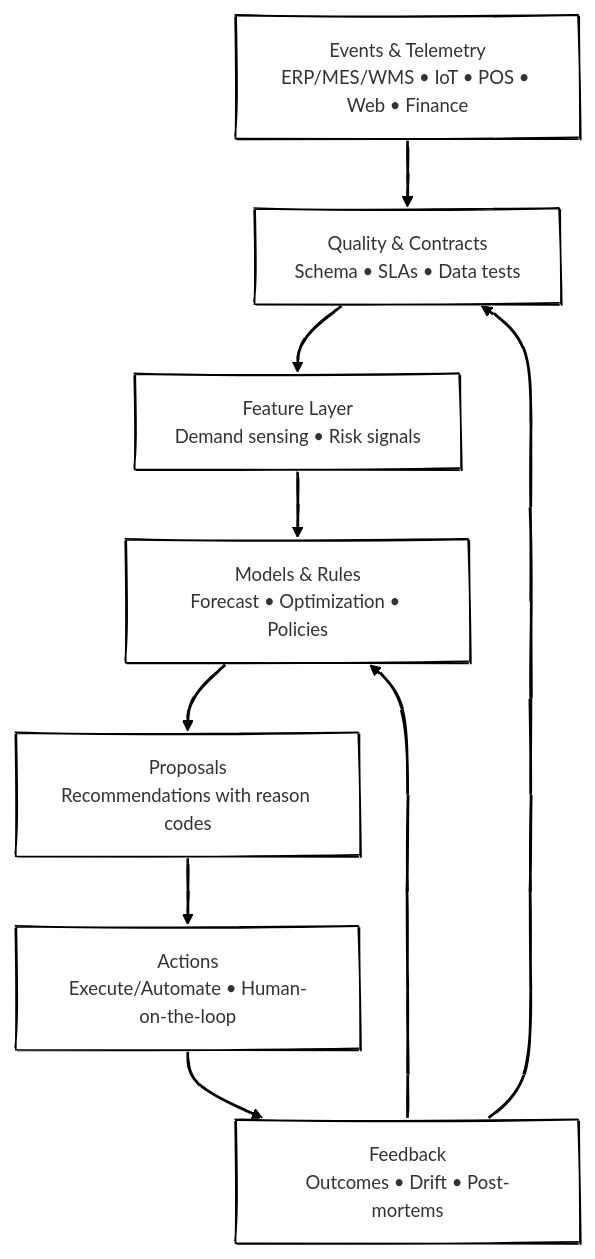
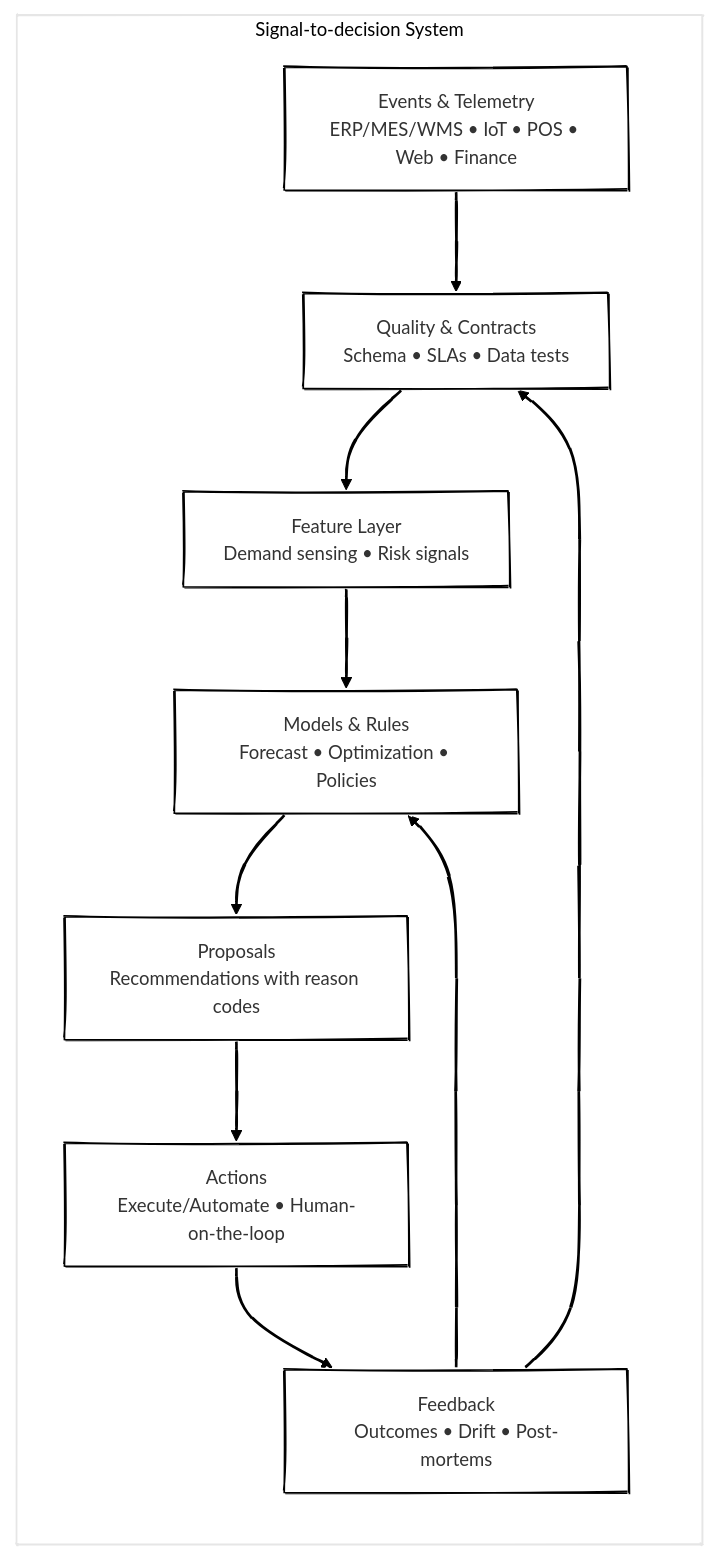
The second of 8 diagrams in posts/from-planning-to-orchestration-reimagining-enterprise-beyond-S&OP/index.qmd (antomon/antomon.github.io), drawn with Mermaid before and after one commit. The commit also changed other lines of this file and 4 other files, not shown here.

````diff
--- a/posts/from-planning-to-orchestration-reimagining-enterprise-beyond-S&OP/index.qmd
+++ b/posts/from-planning-to-orchestration-reimagining-enterprise-beyond-S&OP/index.qmd
@@ -162,16 +162,19 @@
 ```{mermaid}
 %%| label: signal-pipeline
 %%| fig-cap: Signals over snapshots, end-to-end decision pipeline
 %%| fig-alt: From raw events and telemetry to decisions and actions with feedback
 %%| fig-align: "center"
 %%{init: {"theme": "neo", "look": "handDrawn"}}%%
 
-flowchart TD
-    E["Events &amp; Telemetry<br>ERP/MES/WMS • IoT • POS • Web • Finance"] --> Q["Quality &amp; Contracts <br>Schema • SLAs • Data tests"]
+flowchart LR
+
+subgraph SYS["Signal-to-decision System"]
+    E["Events & Telemetry<br>ERP/MES/WMS • IoT • POS • Web • Finance"] --> Q["Quality & Contracts<br>Schema • SLAs • Data tests"]
     Q --> F["Feature Layer<br>Demand sensing • Risk signals"]
-    F --> M["Models &amp; Rules<br>Forecast • Optimization • Policies"]
+    F --> M["Models & Rules<br>Forecast • Optimization • Policies"]
     M --> P["Proposals<br>Recommendations with reason codes"]
     P --> A["Actions<br>Execute/Automate • Human-on-the-loop"]
     A --> FB["Feedback<br>Outcomes • Drift • Post-mortems"]
     FB --> M & Q
+end
 ```
````
